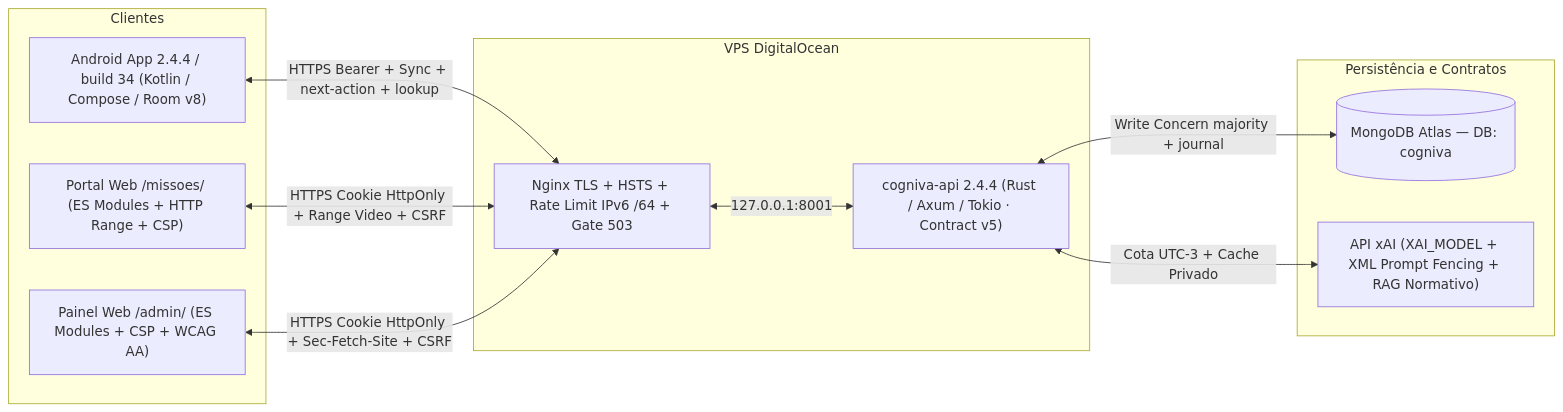
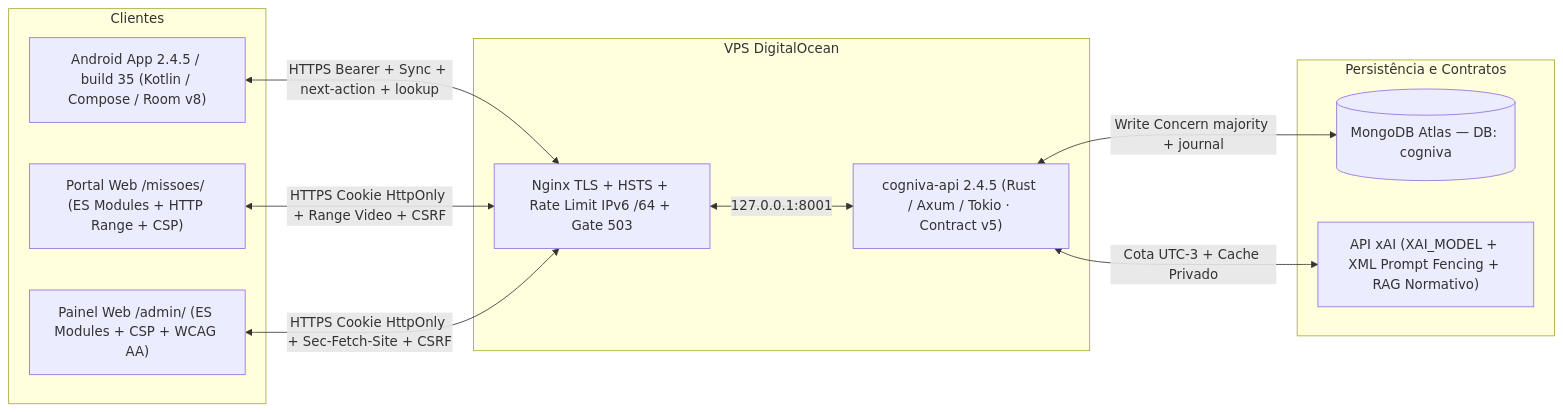
One commit to danielcdes-create/cogniva changed the diagram in docs/ARQUITETURA.md. Above: the diagram before and after it, drawn with Mermaid. The commit also changed other lines of this file and 52 other files, not shown here.

````diff
--- a/docs/ARQUITETURA.md
+++ b/docs/ARQUITETURA.md
@@ -9,25 +9,25 @@
 ```mermaid
 flowchart LR
   subgraph Clientes
-    AND["Android App 2.4.4 / build 34 (Kotlin / Compose / Room v8)"]
+    AND["Android App 2.4.5 / build 35 (Kotlin / Compose / Room v8)"]
     MIS["Portal Web /missoes/ (ES Modules + HTTP Range + CSP)"]
     ADM["Painel Web /admin/ (ES Modules + CSP + WCAG AA)"]
   end
 
   subgraph Servidor["VPS DigitalOcean"]
     NGX["Nginx TLS + HSTS + Rate Limit IPv6 /64 + Gate 503"]
-    API["cogniva-api 2.4.4 (Rust / Axum / Tokio · Contract v5)"]
+    API["cogniva-api 2.4.5 (Rust / Axum / Tokio · Contract v5)"]
   end
 
   subgraph Dados["Persistência e Contratos"]
     MDB[("MongoDB Atlas — DB: cogniva")]
     XAI["API xAI (XAI_MODEL + XML Prompt Fencing + RAG Normativo)"]
   end
 
   AND <-->|"HTTPS Bearer + Sync + next-action + lookup"| NGX
   MIS <-->|"HTTPS Cookie HttpOnly + Range Video + CSRF"| NGX
   ADM <-->|"HTTPS Cookie HttpOnly + Sec-Fetch-Site + CSRF"| NGX
   NGX <-->|"127.0.0.1:8001"| API
   API <-->|"Write Concern majority + journal"| MDB
   API <-->|"Cota UTC-3 + Cache Privado"| XAI
 ```
````
